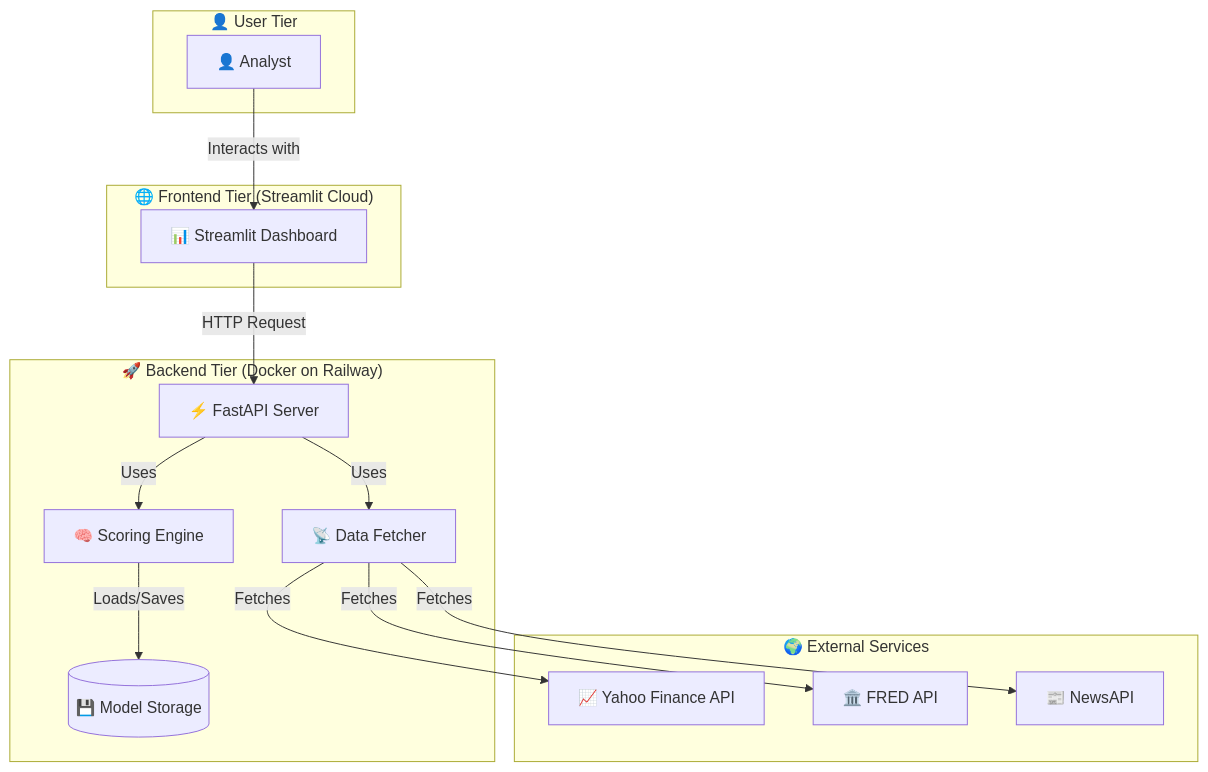
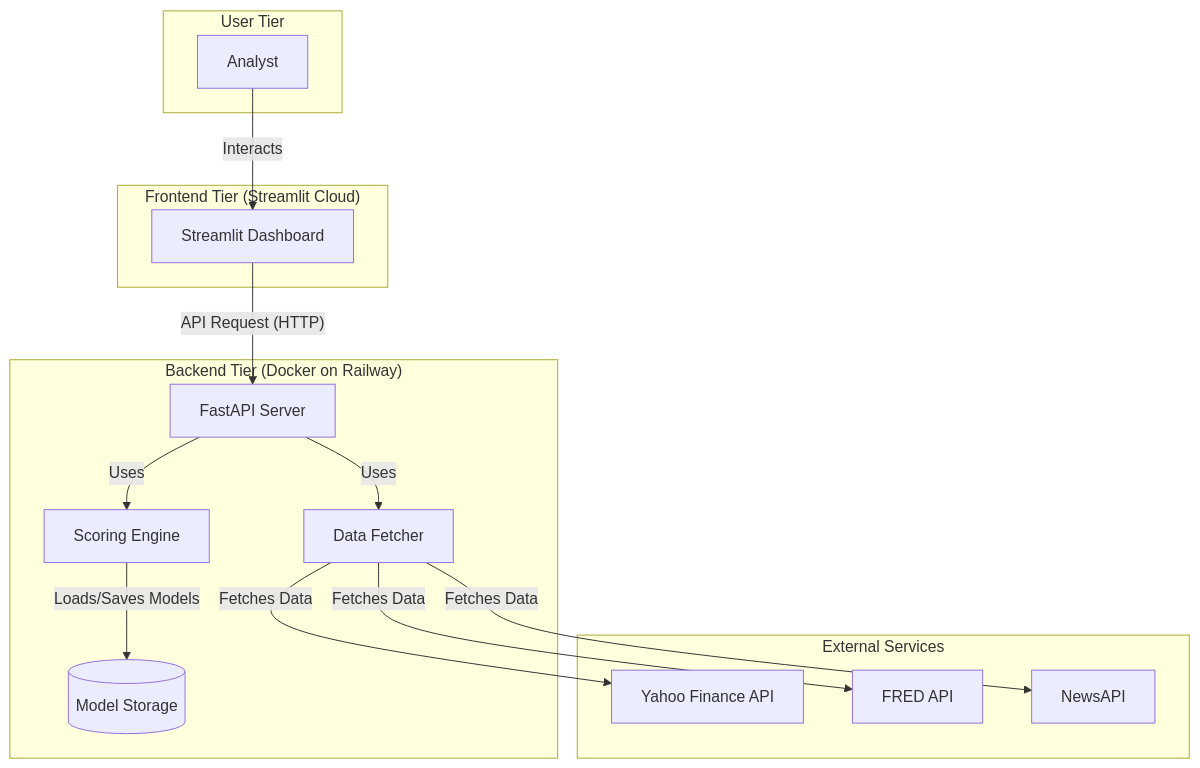
Before and after one commit to HarshitKumawat09/Credit-Intelligence-Platform: the first of 2 diagrams in README.md, drawn with Mermaid.

````diff
--- a/README.md
+++ b/README.md
@@ -74,32 +74,32 @@
 ```mermaid
 graph TD
-    subgraph "👤 User Tier"
-        User[👤 Analyst]
+    subgraph "User Tier"
+        User[Analyst]
     end
 
-    subgraph "🌐 Frontend Tier (Streamlit Cloud)"
-        Frontend[📊 Streamlit Dashboard]
+    subgraph "Frontend Tier (Streamlit Cloud)"
+        Frontend[Streamlit Dashboard]
     end
 
-    subgraph "🚀 Backend Tier (Docker on Railway)"
-        BackendAPI[⚡ FastAPI Server]
-        ScoringEngine[🧠 Scoring Engine]
-        DataFetcher[📡 Data Fetcher]
-        ModelStore[(💾 Model Storage)]
+    subgraph "Backend Tier (Docker on Railway)"
+        BackendAPI[FastAPI Server]
+        ScoringEngine[Scoring Engine]
+        DataFetcher[Data Fetcher]
+        ModelStore[(Model Storage)]
     end
 
-    subgraph "🌍 External Services"
-        YFinanceAPI[📈 Yahoo Finance API]
-        FRED_API[🏛️ FRED API]
-        NewsAPI[📰 NewsAPI]
+    subgraph "External Services"
+        YFinanceAPI[Yahoo Finance API]
+        FRED_API[FRED API]
+        NewsAPI[NewsAPI]
     end
 
-    User -- "Interacts with" --> Frontend
-    Frontend -- "HTTP Request" --> BackendAPI
+    User -- "Interacts" --> Frontend
+    Frontend -- "API Request (HTTP)" --> BackendAPI
     BackendAPI -- "Uses" --> DataFetcher
     BackendAPI -- "Uses" --> ScoringEngine
-    ScoringEngine -- "Loads/Saves" --> ModelStore
-    DataFetcher -- "Fetches" --> YFinanceAPI
-    DataFetcher -- "Fetches" --> FRED_API
-    DataFetcher -- "Fetches" --> NewsAPI
+    ScoringEngine -- "Loads/Saves Models" --> ModelStore
+    DataFetcher -- "Fetches Data" --> YFinanceAPI
+    DataFetcher -- "Fetches Data" --> FRED_API
+    DataFetcher -- "Fetches Data" --> NewsAPI
 ```
````
